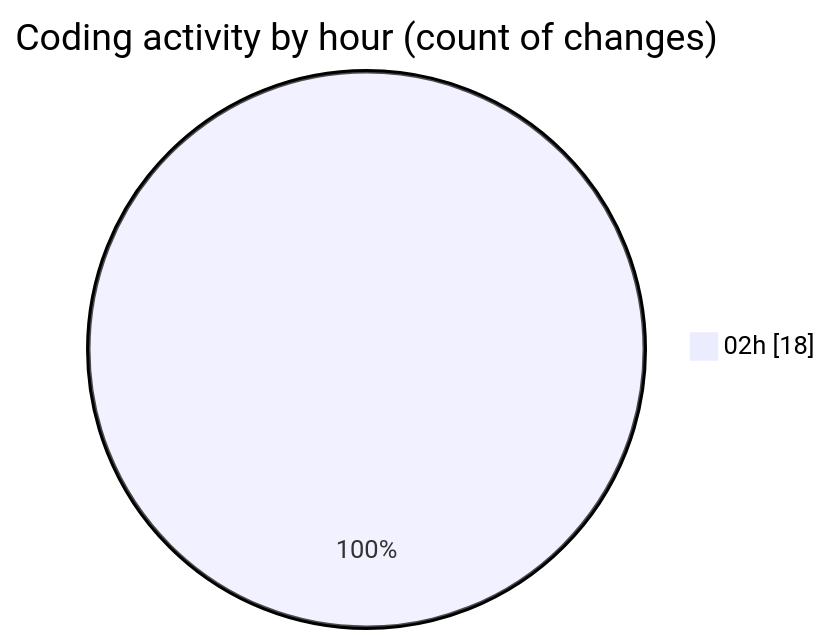
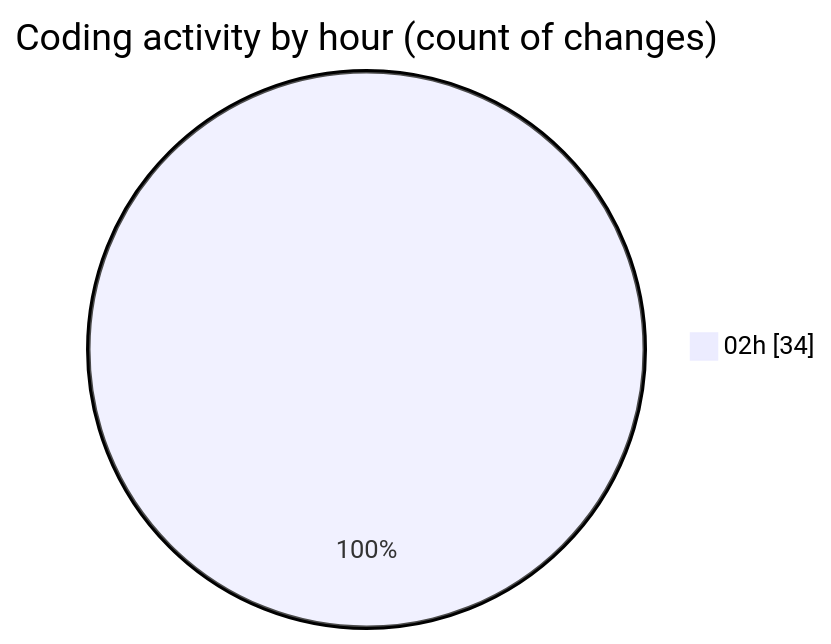
One commit to ernivani/code-tracking changed the second of 2 diagrams in 2025-01-02/3drust/README.md. Above: the diagram before and after it, drawn with Mermaid. The commit also changed other lines of this file and 2 other files, not shown here.

````diff
--- a/2025-01-02/3drust/README.md
+++ b/2025-01-02/3drust/README.md
@@ -30,5 +31,5 @@
 ```mermaid
 pie showData
 title Coding activity by hour (count of changes)
-"02h" : 18
+"02h" : 34
 ```
````
